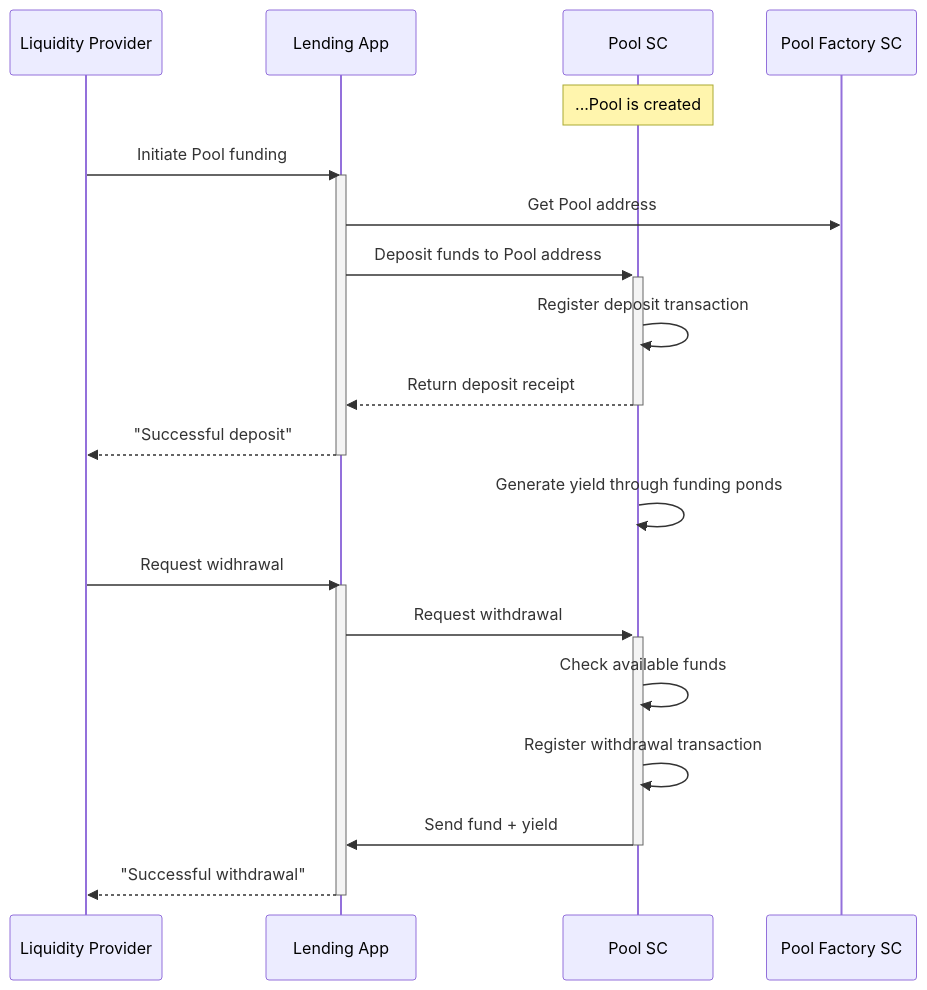
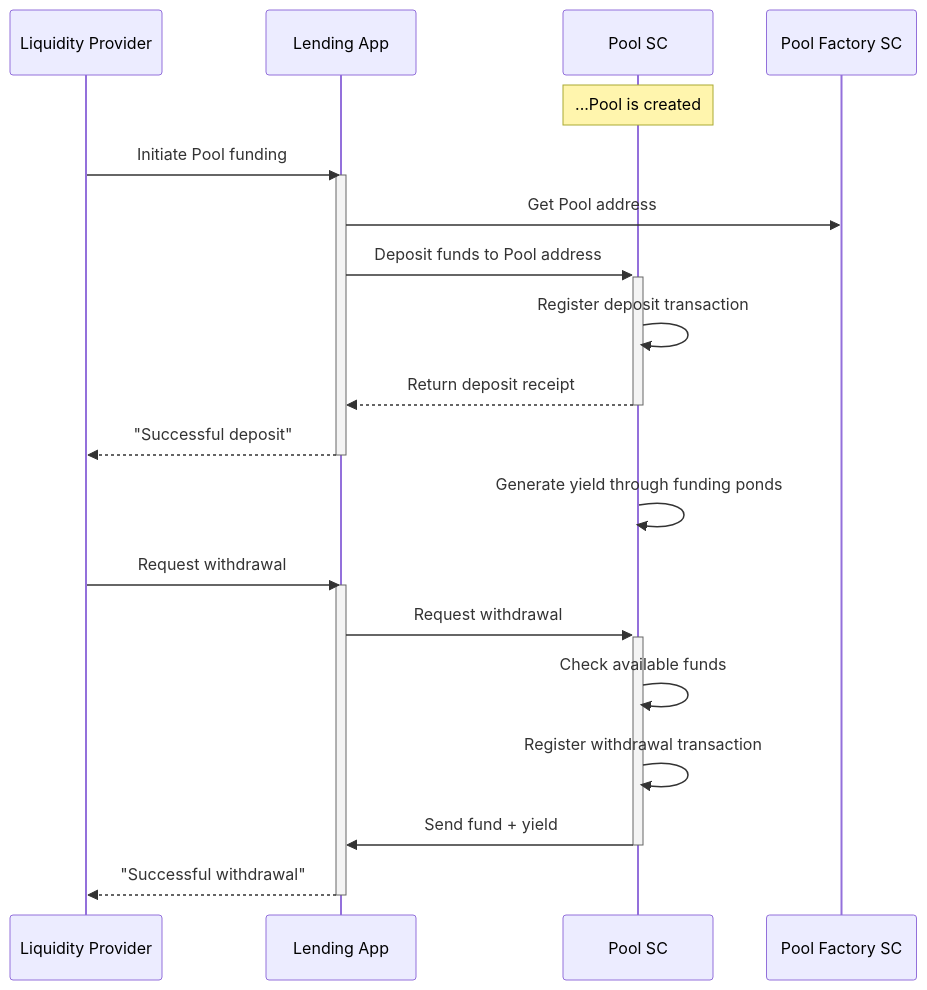
Before and after one commit to growr-xyz/growr-documentation: the third of 3 diagrams in layer-liquidity/2-Pond-Funding.md, drawn with Mermaid. The commit also changed other lines of this file and 25 other files, not shown here.

````diff
--- a/layer-liquidity/2-Pond-Funding.md
+++ b/layer-liquidity/2-Pond-Funding.md
@@ -88,25 +88,25 @@
 ```mermaid
 sequenceDiagram
     participant Liquidity Provider
     participant Lending App
     participant Pool SC
     participant Pool Factory SC
     Note over Pool SC: ...Pool is created
     Liquidity Provider->>Lending App: Initiate Pool funding
     activate Lending App
     Lending App->>Pool Factory SC: Get Pool address
     Lending App->>+Pool SC: Deposit funds to Pool address
     Pool SC->>Pool SC: Register deposit transaction
     Pool SC-->>-Lending App: Return deposit receipt
     Lending App-->>Liquidity Provider: "Successful deposit"
     deactivate Lending App
     Pool SC->>Pool SC: Generate yield through funding ponds
-    Liquidity Provider->>Lending App: Request widhrawal
+    Liquidity Provider->>Lending App: Request withdrawal
     activate Lending App
     Lending App->>+Pool SC: Request withdrawal
     Pool SC->>Pool SC: Check available funds
     Pool SC->>Pool SC: Register withdrawal transaction
     Pool SC->>-Lending App: Send fund + yield
     Lending App-->>Liquidity Provider: "Successful withdrawal"
     deactivate Lending App
 ```
````
